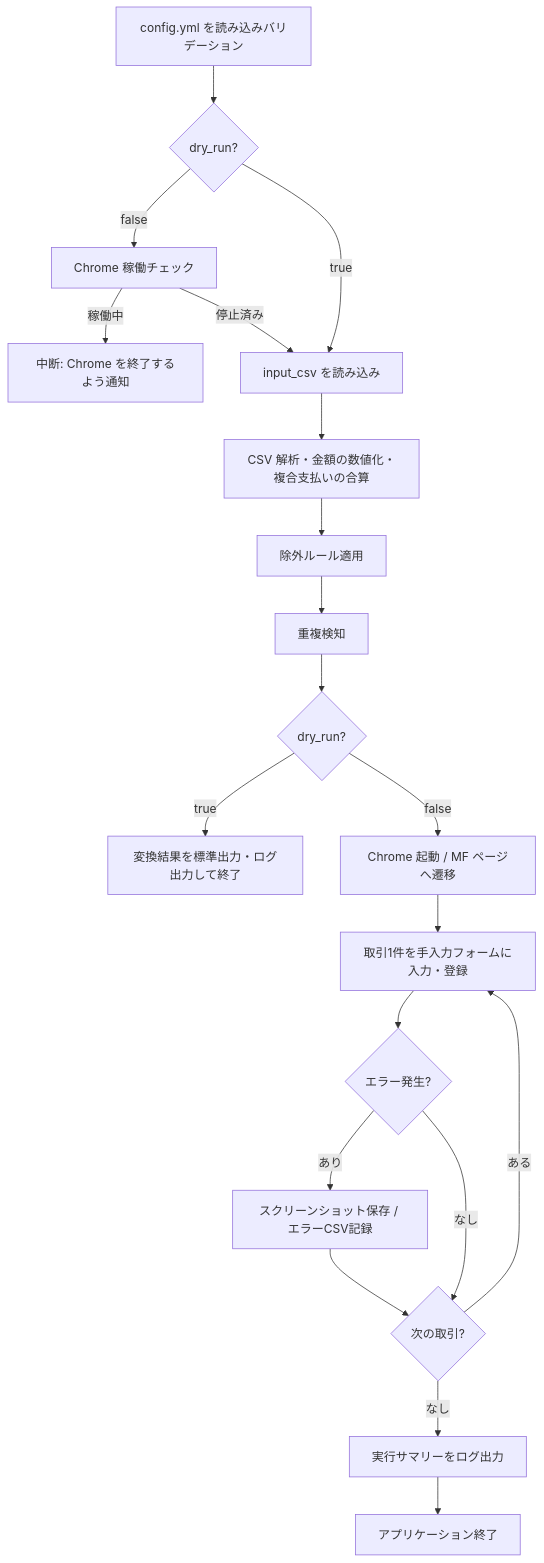
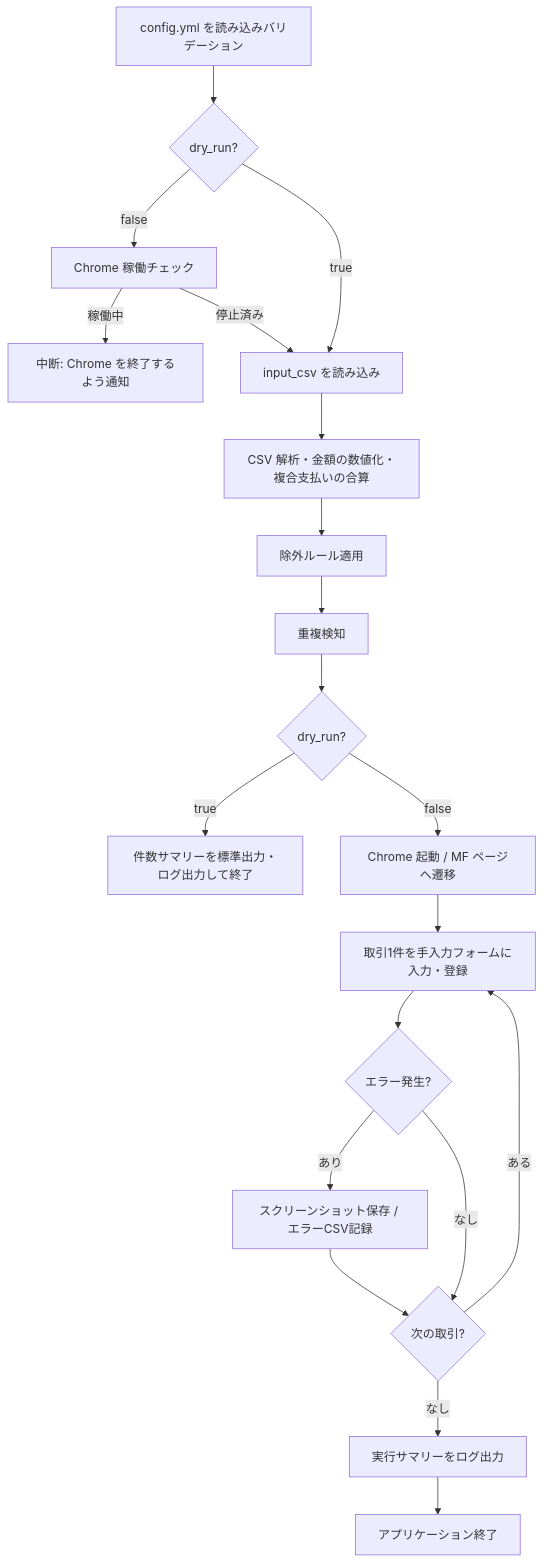
Before and after one commit to Shinoryo/PayPay2MF: the diagram in README.md, drawn with Mermaid. The commit also changed other lines of this file and 11 other files, not shown here.

````diff
--- a/README.md
+++ b/README.md
@@ -183,22 +185,22 @@
 ```mermaid
 flowchart TD
     A[config.yml を読み込みバリデーション] --> B{dry_run?}
     B -->|false| C[Chrome 稼働チェック]
     C -->|稼働中| D[中断: Chrome を終了するよう通知]
     C -->|停止済み| E[input_csv を読み込み]
     B -->|true| E
     E --> F[CSV 解析・金額の数値化・複合支払いの合算]
     F --> G[除外ルール適用]
     G --> H[重複検知]
     H --> I{dry_run?}
-    I -->|true| J[変換結果を標準出力・ログ出力して終了]
+    I -->|true| J[件数サマリーを標準出力・ログ出力して終了]
     I -->|false| K[Chrome 起動 / MF ページへ遷移]
     K --> L[取引1件を手入力フォームに入力・登録]
     L --> M{エラー発生?}
     M -->|あり| N[スクリーンショット保存 / エラーCSV記録]
     N --> O{次の取引?}
     M -->|なし| O
     O -->|ある| L
     O -->|なし| P[実行サマリーをログ出力]
     P --> Q[アプリケーション終了]
 ```
````
